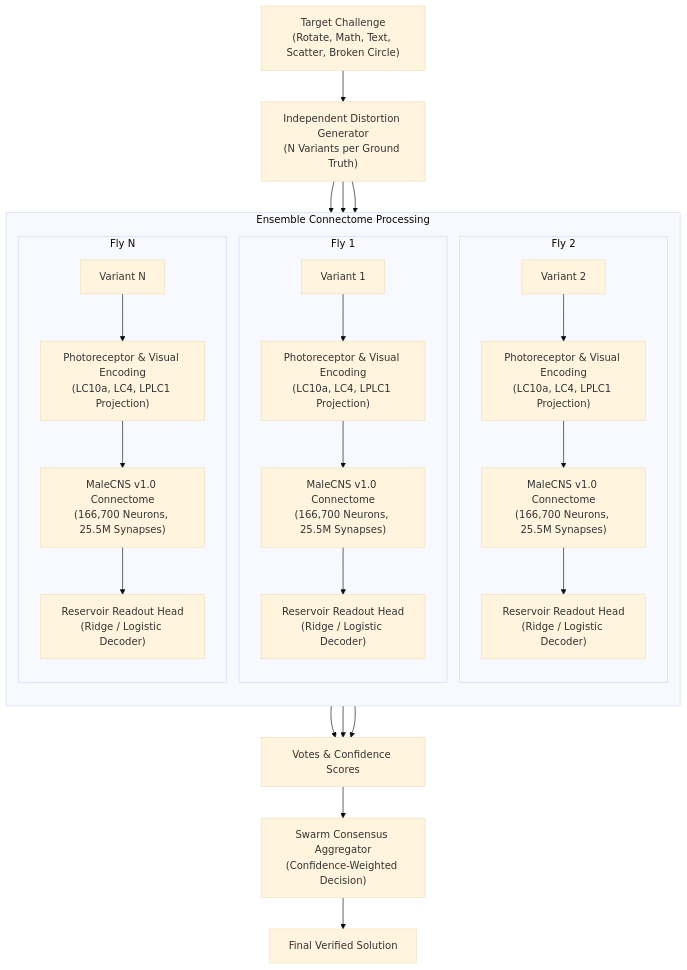
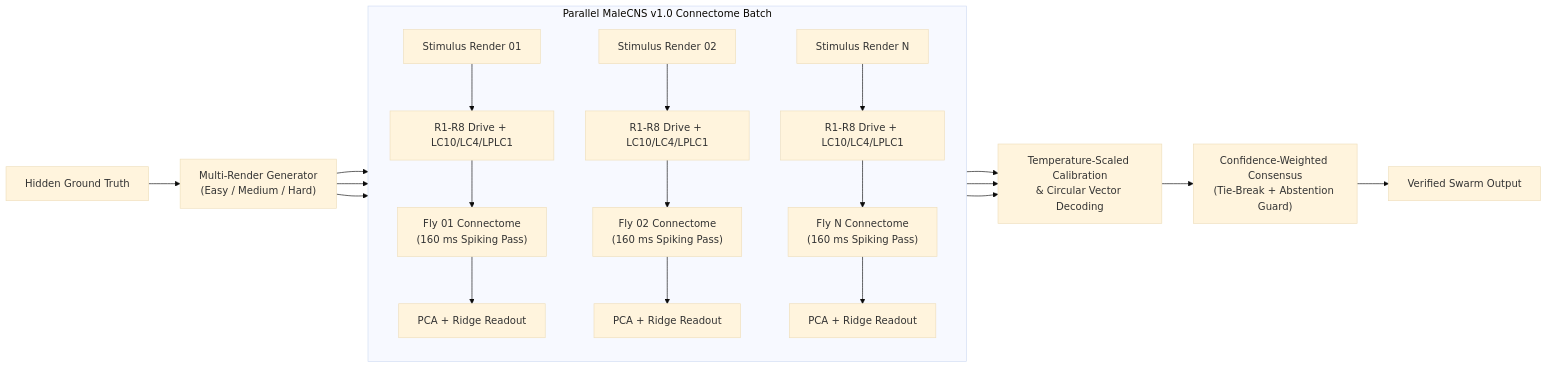
The diagram in README.md (A-P-S-Bhaidav/fly-swarm-solver), drawn with Mermaid (base theme) before and after one commit. The commit also changed other lines of this file and 45 other files, not shown here.

````diff
--- a/README.md
+++ b/README.md
@@ -50,36 +62,22 @@
 ```mermaid
-flowchart TD
-    Challenge["Target Challenge<br/>(Rotate, Math, Text, Scatter, Broken Circle)"] --> DistortGen["Independent Distortion Generator<br/>(N Variants per Ground Truth)"]
+flowchart LR
+    GT["Hidden Ground Truth"] --> GEN["Multi-Render Generator<br/>(Easy / Medium / Hard)"]
 
-    DistortGen --> V1["Variant 1"]
-    DistortGen --> V2["Variant 2"]
-    DistortGen --> VN["Variant N"]
+    GEN --> R1["Stimulus Render 01"]
+    GEN --> R2["Stimulus Render 02"]
+    GEN --> RN["Stimulus Render N"]
 
-    subgraph SwarmPipeline ["Ensemble Connectome Processing"]
+    subgraph Ensemble ["Parallel MaleCNS v1.0 Connectome Batch"]
         direction TB
-        subgraph Agent1 ["Fly 1"]
-            V1 --> E1["Photoreceptor & Visual Encoding<br/>(LC10a, LC4, LPLC1 Projection)"]
-            E1 --> C1["MaleCNS v1.0 Connectome<br/>(166,700 Neurons, 25.5M Synapses)"]
-            C1 --> R1["Reservoir Readout Head<br/>(Ridge / Logistic Decoder)"]
-        end
-
-        subgraph Agent2 ["Fly 2"]
-            V2 --> E2["Photoreceptor & Visual Encoding<br/>(LC10a, LC4, LPLC1 Projection)"]
-            E2 --> C2["MaleCNS v1.0 Connectome<br/>(166,700 Neurons, 25.5M Synapses)"]
-            C2 --> R2["Reservoir Readout Head<br/>(Ridge / Logistic Decoder)"]
-        end
-
-        subgraph AgentN ["Fly N"]
-            VN --> EN["Photoreceptor & Visual Encoding<br/>(LC10a, LC4, LPLC1 Projection)"]
-            EN --> CN["MaleCNS v1.0 Connectome<br/>(166,700 Neurons, 25.5M Synapses)"]
-            CN --> RN["Reservoir Readout Head<br/>(Ridge / Logistic Decoder)"]
-        end
+        R1 --> P1["R1-R8 Drive + LC10/LC4/LPLC1"] --> B1["Fly 01 Connectome<br/>(160 ms Spiking Pass)"] --> H1["PCA + Ridge Readout"]
+        R2 --> P2["R1-R8 Drive + LC10/LC4/LPLC1"] --> B2["Fly 02 Connectome<br/>(160 ms Spiking Pass)"] --> H2["PCA + Ridge Readout"]
+        RN --> PN["R1-R8 Drive + LC10/LC4/LPLC1"] --> BN["Fly N Connectome<br/>(160 ms Spiking Pass)"] --> HN["PCA + Ridge Readout"]
     end
 
-    R1 --> Votes["Votes & Confidence Scores"]
-    R2 --> Votes
-    RN --> Votes
+    H1 --> CAL["Temperature-Scaled Calibration<br/>& Circular Vector Decoding"]
+    H2 --> CAL
+    HN --> CAL
 
-    Votes --> Aggregator["Swarm Consensus Aggregator<br/>(Confidence-Weighted Decision)"]
-    Aggregator --> Output["Final Verified Solution"]
+    CAL --> AGG["Confidence-Weighted Consensus<br/>(Tie-Break + Abstention Guard)"]
+    AGG --> OUT["Verified Swarm Output"]
 ```
````
